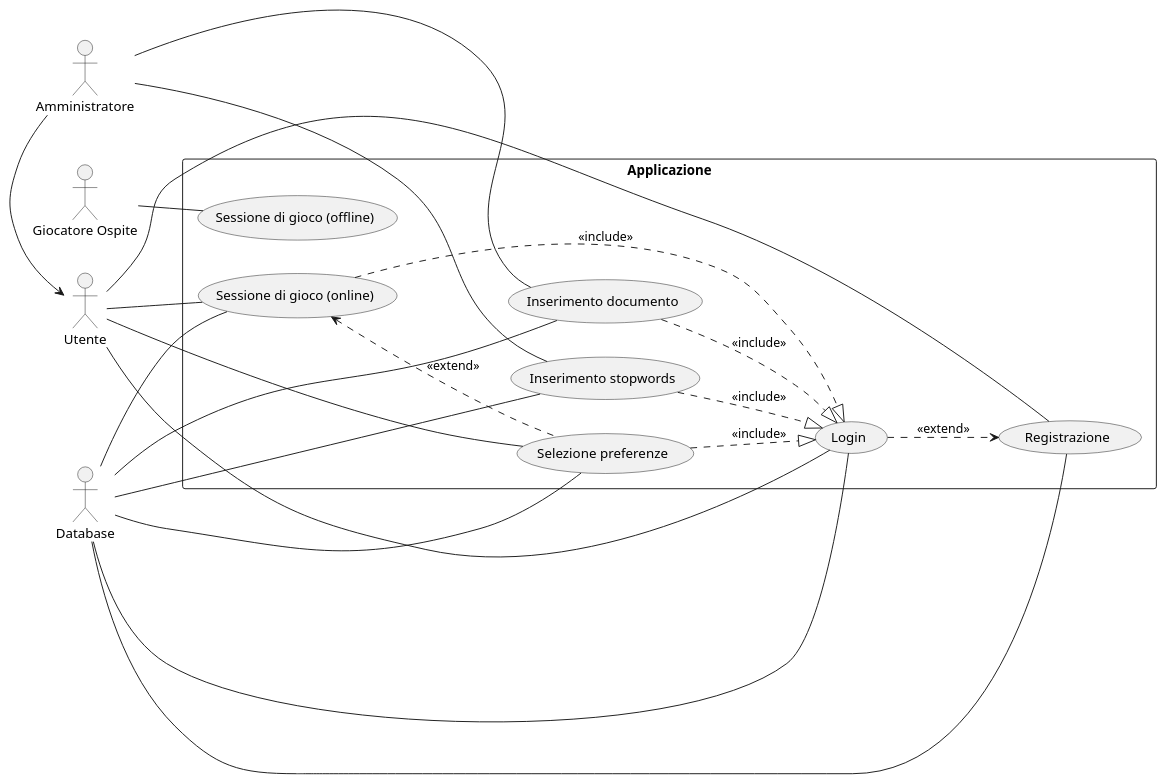
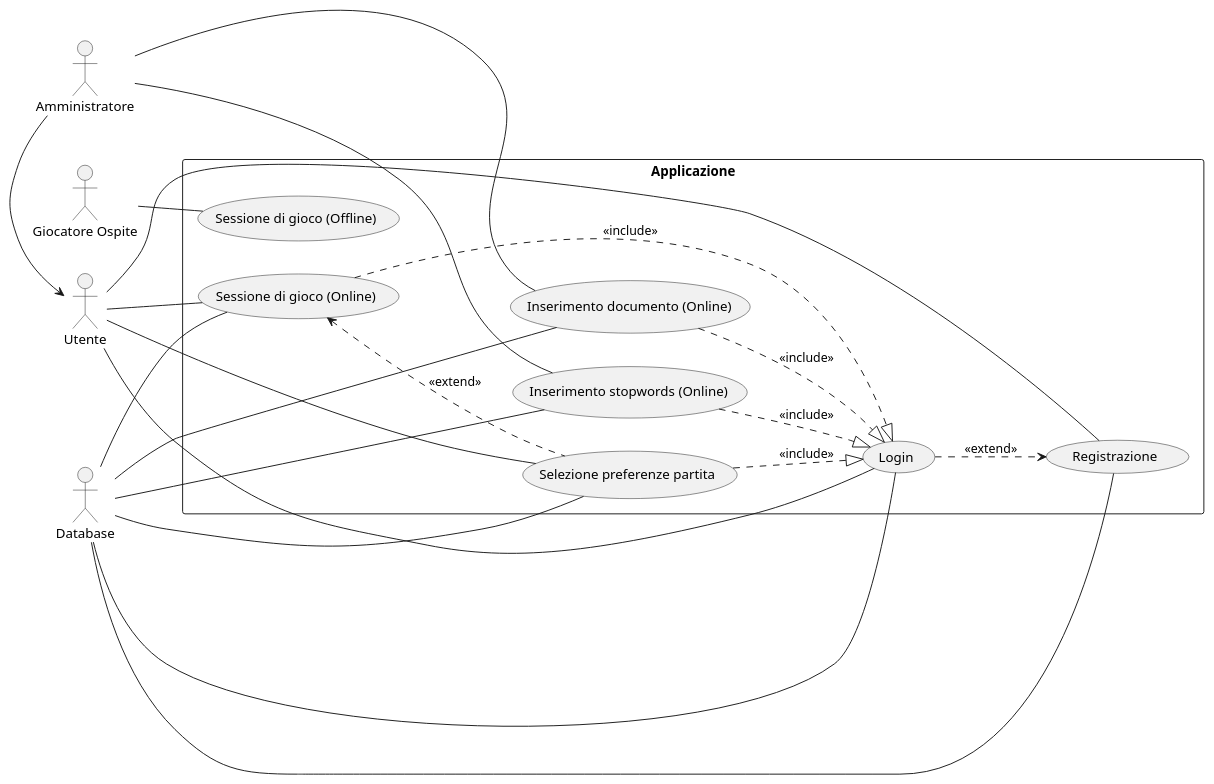
One commit to CupoMeridio/Wordageddon-G17 changed the diagram in src/main/resources/UML/Casi d'uso.puml. Above: the diagram before and after it, drawn with PlantUML.

Commit message:
casi d'uso

```diff
--- a/src/main/resources/UML/Casi d'uso.puml
+++ b/src/main/resources/UML/Casi d'uso.puml
@@ -1,62 +1,62 @@
 @startuml
 
 skinparam packageStyle rectangle
 skinparam nodesep 100  // Aumenta lo spazio verticale tra i nodi
 skinparam ranksep 100  // Aumenta lo spazio orizzontale tra i nodi
 
 left to right direction
 actor Utente
 Amministratore-> Utente
 
 
 
 
 actor "Giocatore Ospite" as Ospite 
 actor Database 
 
 rectangle Applicazione {
   usecase "Login" as UC1
   usecase "Registrazione" as UC2
-  usecase "Inserimento documento" as UC3
-  usecase "Inserimento stopwords" as UC4
-  usecase "Sessione di gioco (online)" as UC5
-  usecase "Sessione di gioco (offline)" as UC6
-  usecase "Selezione preferenze" as UC7
+  usecase "Inserimento documento (Online)" as UC3
+  usecase "Inserimento stopwords (Online)" as UC4
+  usecase "Sessione di gioco (Online)" as UC5
+  usecase "Sessione di gioco (Offline)" as UC6
+  usecase "Selezione preferenze partita" as UC7
   
    UC5 <.. UC7 : <<extend>>
   UC1 ..> UC2 : <<extend>>
   
   UC3 ..|> UC1 : <<include>>
   UC4 ..|> UC1 : <<include>>
   UC5 ..|> UC1 : <<include>>
   UC7 ..|> UC1 : <<include>>
   
 }
 
 Utente -- UC1
 Database -- UC1
 
 Utente -- UC2
 Database -- UC2
 
 
 
 
 Amministratore -- UC3
 Database -- UC3
 
 Amministratore -- UC4
 Database -- UC4
 
-
+Utente -- UC5
+Database -- UC5
 
 Ospite -- UC6
 
 Utente -- UC7
 Database -- UC7
-Utente -- UC5
-Database -- UC5
+
 
 
 
 @enduml
```
